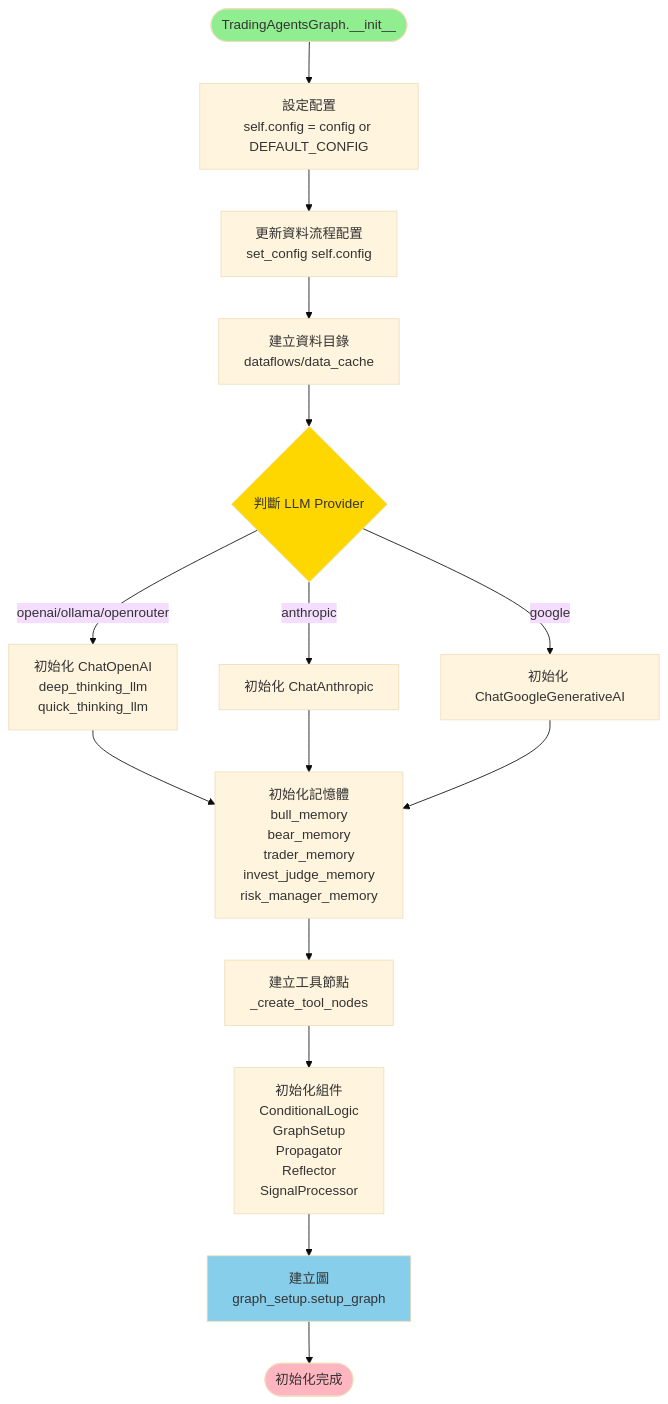
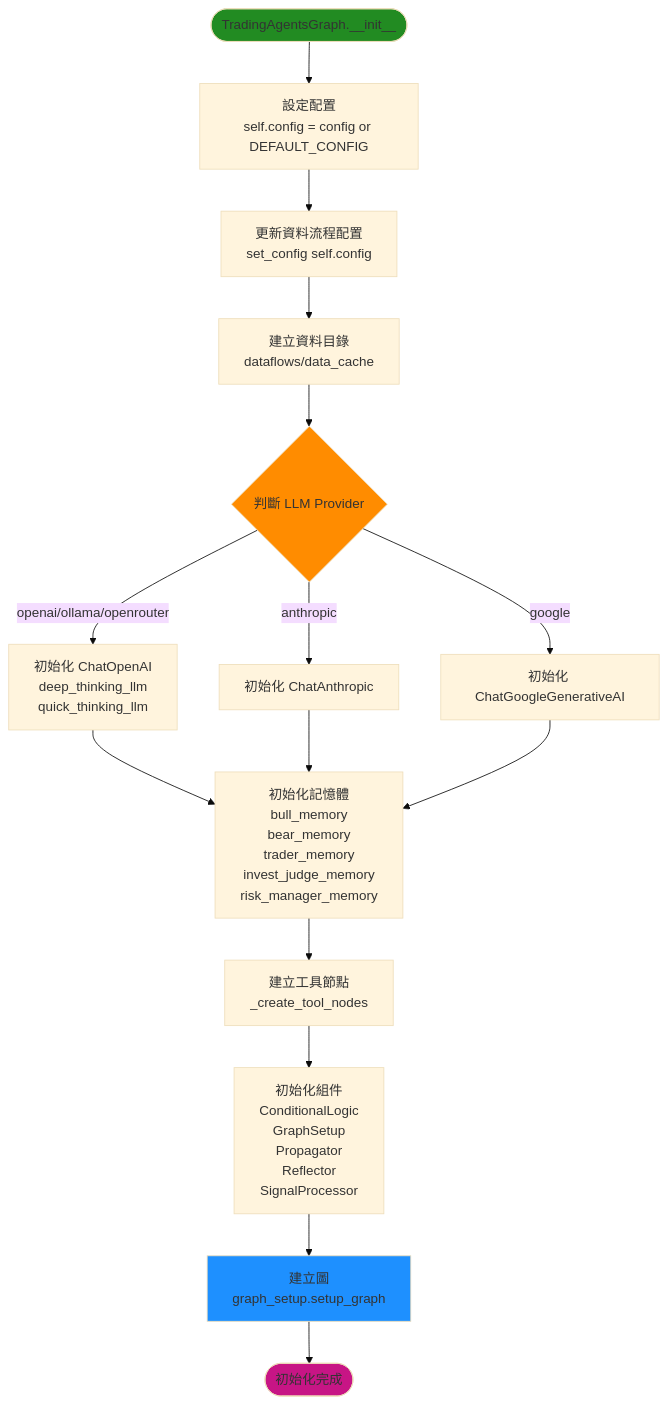
One commit to chitienshih-wq/Git_Test changed the second of 19 diagrams in 流程圖.md. Above: the diagram before and after it, drawn with Mermaid (base theme). The commit also changed other lines of this file, not shown here.

````diff
--- a/流程圖.md
+++ b/流程圖.md
@@ -40,27 +40,27 @@
 ```mermaid
 flowchart TD
     Start([TradingAgentsGraph.__init__]) --> SetConfig[設定配置<br/>self.config = config or DEFAULT_CONFIG]
     SetConfig --> UpdateConfig[更新資料流程配置<br/>set_config self.config]
     UpdateConfig --> CreateDir[建立資料目錄<br/>dataflows/data_cache]
     CreateDir --> InitLLM{判斷 LLM Provider}
     
     InitLLM -->|openai/ollama/openrouter| InitOpenAI[初始化 ChatOpenAI<br/>deep_thinking_llm<br/>quick_thinking_llm]
     InitLLM -->|anthropic| InitAnthropic[初始化 ChatAnthropic]
     InitLLM -->|google| InitGoogle[初始化 ChatGoogleGenerativeAI]
     
     InitOpenAI --> InitMemory
     InitAnthropic --> InitMemory
     InitGoogle --> InitMemory
     
     InitMemory[初始化記憶體<br/>bull_memory<br/>bear_memory<br/>trader_memory<br/>invest_judge_memory<br/>risk_manager_memory] --> CreateToolNodes[建立工具節點<br/>_create_tool_nodes]
     
     CreateToolNodes --> InitComponents[初始化組件<br/>ConditionalLogic<br/>GraphSetup<br/>Propagator<br/>Reflector<br/>SignalProcessor]
     
     InitComponents --> SetupGraph[建立圖<br/>graph_setup.setup_graph]
     SetupGraph --> End([初始化完成])
     
-    style Start fill:#90EE90
-    style End fill:#FFB6C1
-    style InitLLM fill:#FFD700
-    style SetupGraph fill:#87CEEB
+    style Start fill:#228B22
+    style End fill:#C71585
+    style InitLLM fill:#FF8C00
+    style SetupGraph fill:#1E90FF
 ```
````
